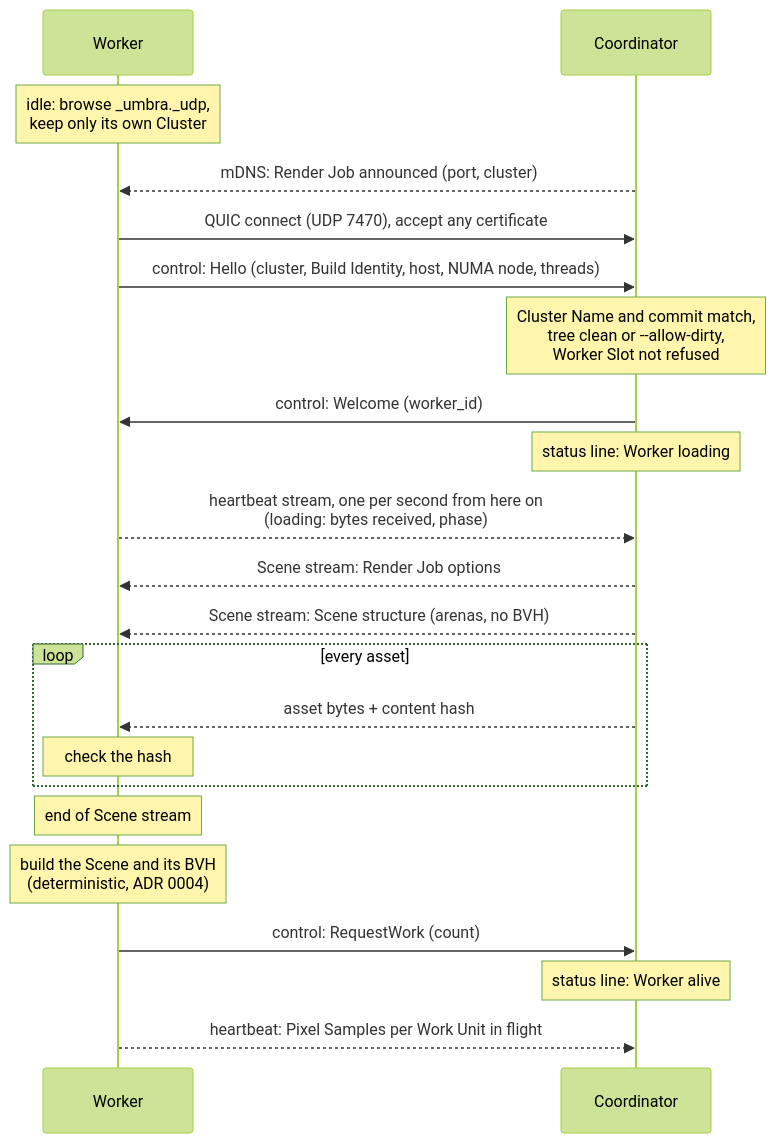
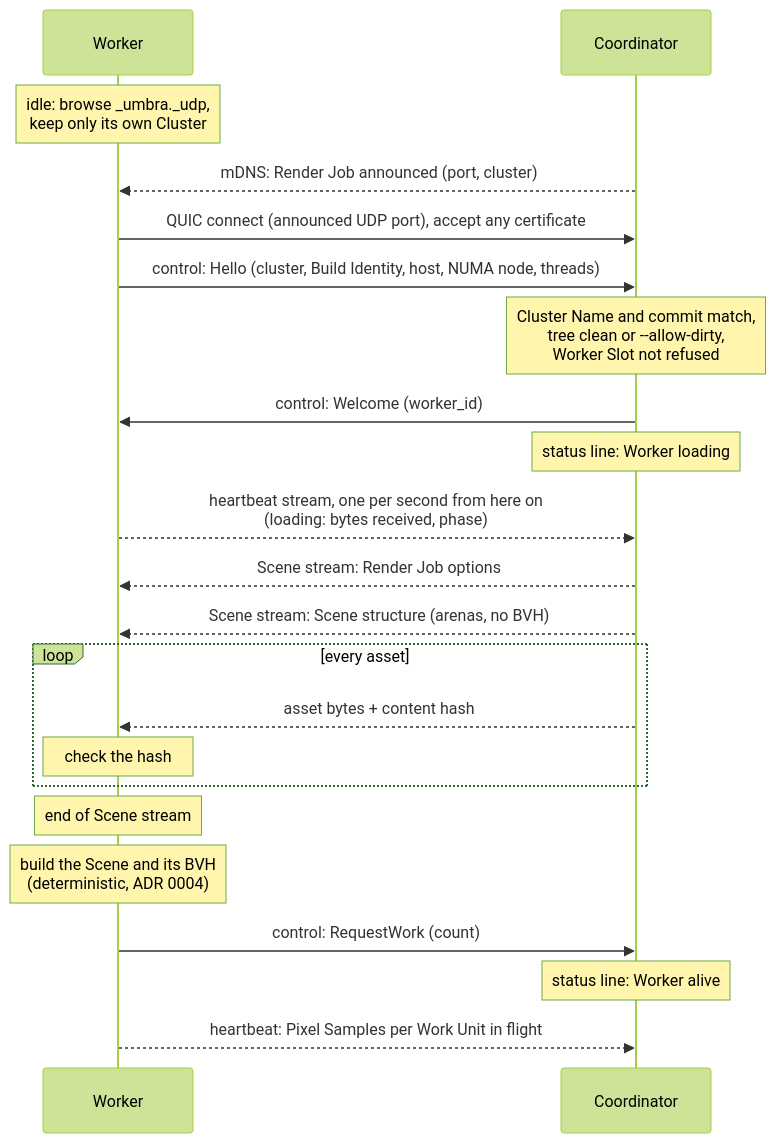
One commit to sergioffpc/umbra changed the first of 6 diagrams in docs/architecture/06-runtime-view.md. Above: the diagram before and after it, drawn with Mermaid (forest theme). The commit also changed other lines of this file and 8 other files, not shown here.

````diff
--- a/docs/architecture/06-runtime-view.md
+++ b/docs/architecture/06-runtime-view.md
@@ -11,24 +11,24 @@
 ```mermaid
 sequenceDiagram
     participant W as Worker
     participant C as Coordinator
     Note over W: idle: browse _umbra._udp,<br/>keep only its own Cluster
     C-->>W: mDNS: Render Job announced (port, cluster)
-    W->>C: QUIC connect (UDP 7470), accept any certificate
+    W->>C: QUIC connect (announced UDP port), accept any certificate
     W->>C: control: Hello (cluster, Build Identity, host, NUMA node, threads)
     Note over C: Cluster Name and commit match,<br/>tree clean or --allow-dirty,<br/>Worker Slot not refused
     C->>W: control: Welcome (worker_id)
     Note over C: status line: Worker loading
     W-->>C: heartbeat stream, one per second from here on<br/>(loading: bytes received, phase)
     C-->>W: Scene stream: Render Job options
     C-->>W: Scene stream: Scene structure (arenas, no BVH)
     loop every asset
         C-->>W: asset bytes + content hash
         Note over W: check the hash
     end
     Note over W: end of Scene stream
     Note over W: build the Scene and its BVH<br/>(deterministic, ADR 0004)
     W->>C: control: RequestWork (count)
     Note over C: status line: Worker alive
     W-->>C: heartbeat: Pixel Samples per Work Unit in flight
 ```
````
